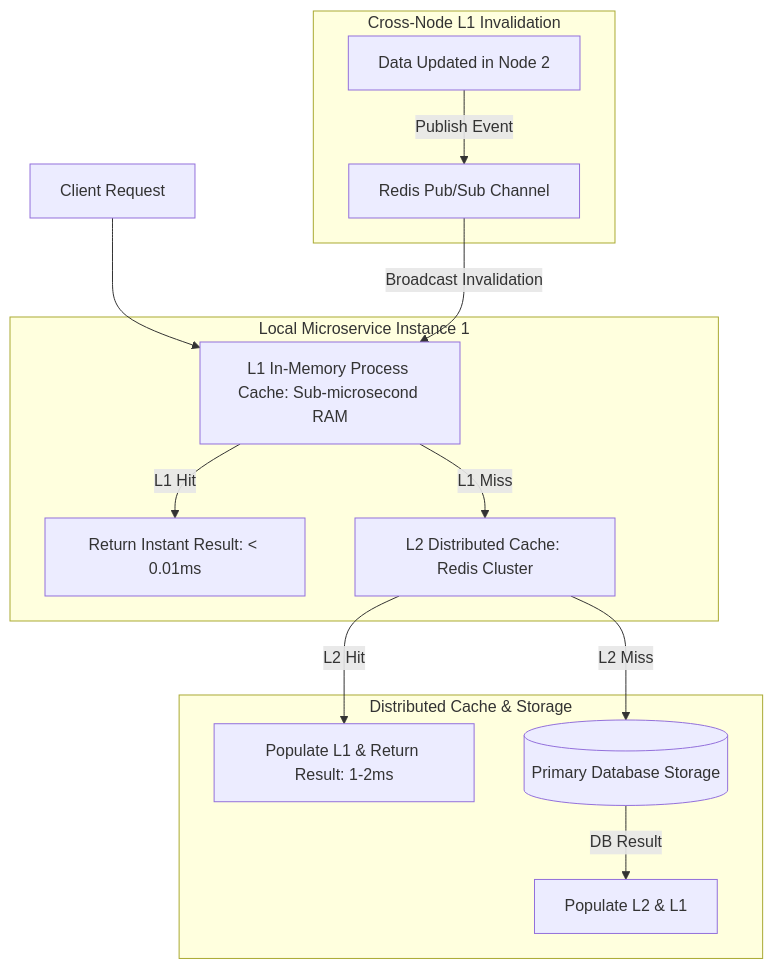
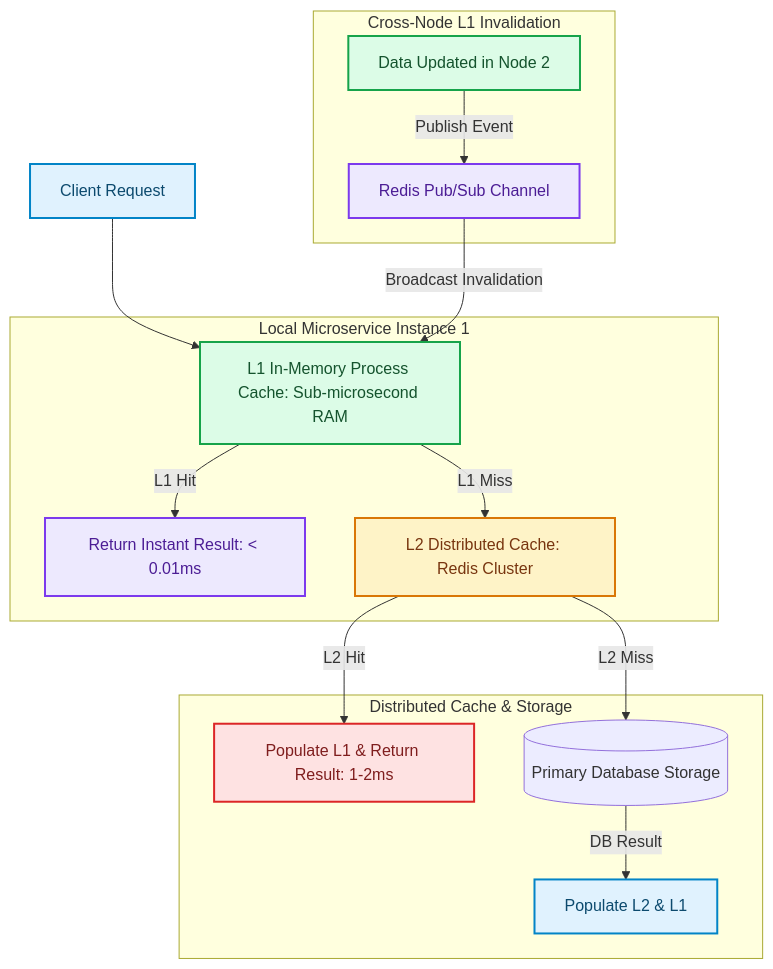
One commit to akmalkhaniub/akmalkhaniub.github.io changed the diagram in blog/posts/multi-tier-hybrid-caching-in-memory-l1-distributed-l2-clusters.md. Above: the diagram before and after it, drawn with Mermaid. The commit also changed other lines of this file and 1291 other files, not shown here.

First line of the commit message:
feat(catalog): unique covers, scholarly references, and diagram palettes

````diff
--- a/blog/posts/multi-tier-hybrid-caching-in-memory-l1-distributed-l2-clusters.md
+++ b/blog/posts/multi-tier-hybrid-caching-in-memory-l1-distributed-l2-clusters.md
@@ -19,20 +19,31 @@
 ```mermaid
 flowchart TD
-  A[Client Request] --> B[L1 In-Memory Process Cache: Sub-microsecond RAM]
+  A["Client Request"] --> B["L1 In-Memory Process Cache: Sub-microsecond RAM"]
   
   subgraph SG1_LocalMicroserviceInstance ["Local Microservice Instance 1"]
-    B -->|L1 Hit| C[Return Instant Result: < 0.01ms]
-    B -->|L1 Miss| D[L2 Distributed Cache: Redis Cluster]
+    B -->|L1 Hit| C["Return Instant Result: < 0.01ms"]
+    B -->|L1 Miss| D["L2 Distributed Cache: Redis Cluster"]
   end
   
   subgraph SG2_DistributedCacheStorage ["Distributed Cache & Storage"]
-    D -->|L2 Hit| E[Populate L1 & Return Result: 1-2ms]
+    D -->|L2 Hit| E["Populate L1 & Return Result: 1-2ms"]
     D -->|L2 Miss| F[(Primary Database Storage)]
-    F -->|DB Result| G[Populate L2 & L1]
+    F -->|DB Result| G["Populate L2 & L1"]
   end
   
   subgraph SG3_CrossNodeL1 ["Cross-Node L1 Invalidation"]
-    H[Data Updated in Node 2] -->|Publish Event| I[Redis Pub/Sub Channel]
+    H["Data Updated in Node 2"] -->|Publish Event| I["Redis Pub/Sub Channel"]
     I -->|Broadcast Invalidation| B
   end
+
+classDef green fill:#dcfce7,stroke:#16a34a,stroke-width:2px,color:#14532d;
+classDef red fill:#fee2e2,stroke:#dc2626,stroke-width:2px,color:#7f1d1d;
+classDef blue fill:#e0f2fe,stroke:#0284c7,stroke-width:2px,color:#0c4a6e;
+classDef yellow fill:#fef3c7,stroke:#d97706,stroke-width:2px,color:#78350f;
+classDef purple fill:#ede9fe,stroke:#7c3aed,stroke-width:2px,color:#4c1d95;
+class A,G blue
+class B,H green
+class C,I purple
+class D yellow
+class E red
 ```
````
